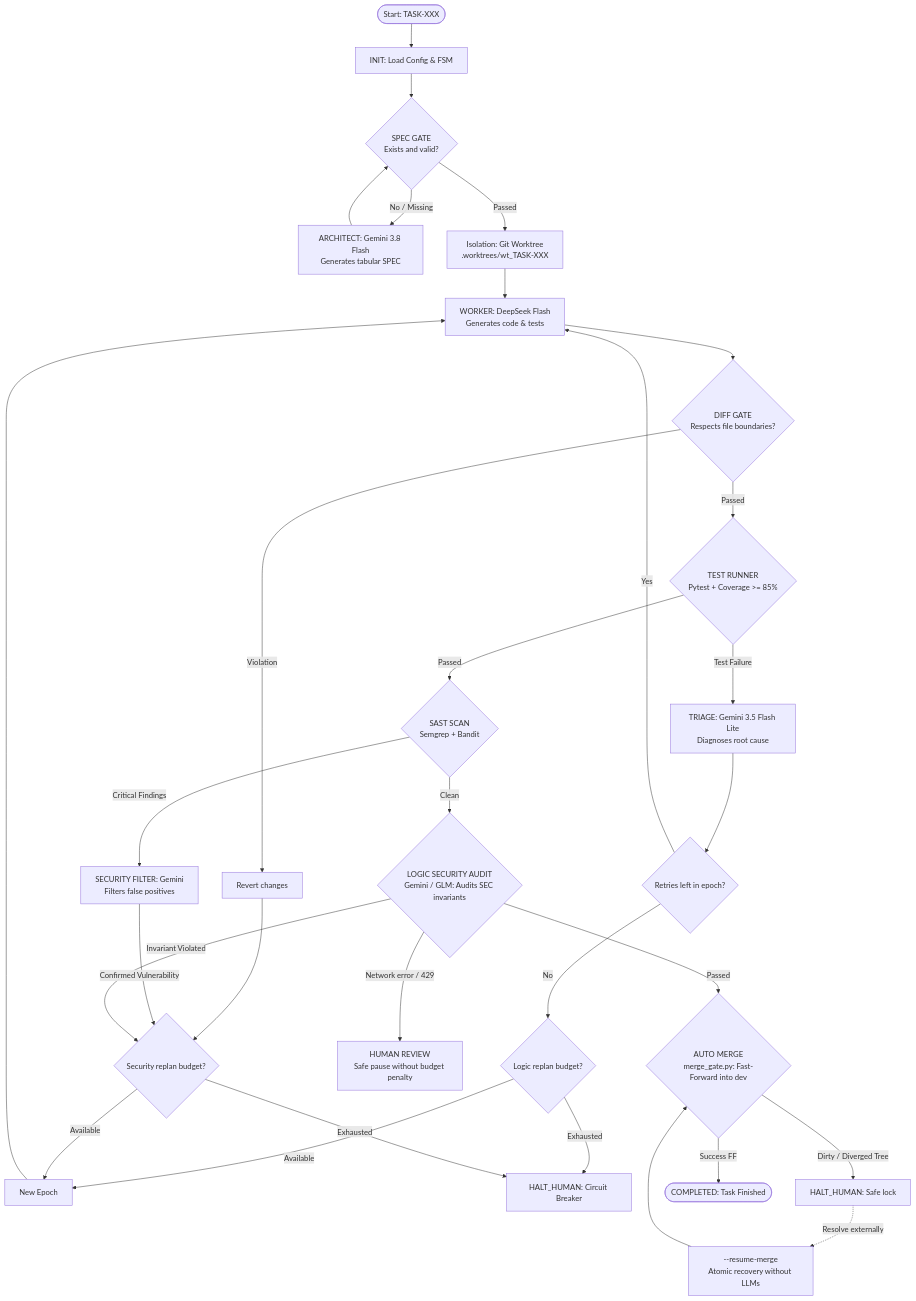
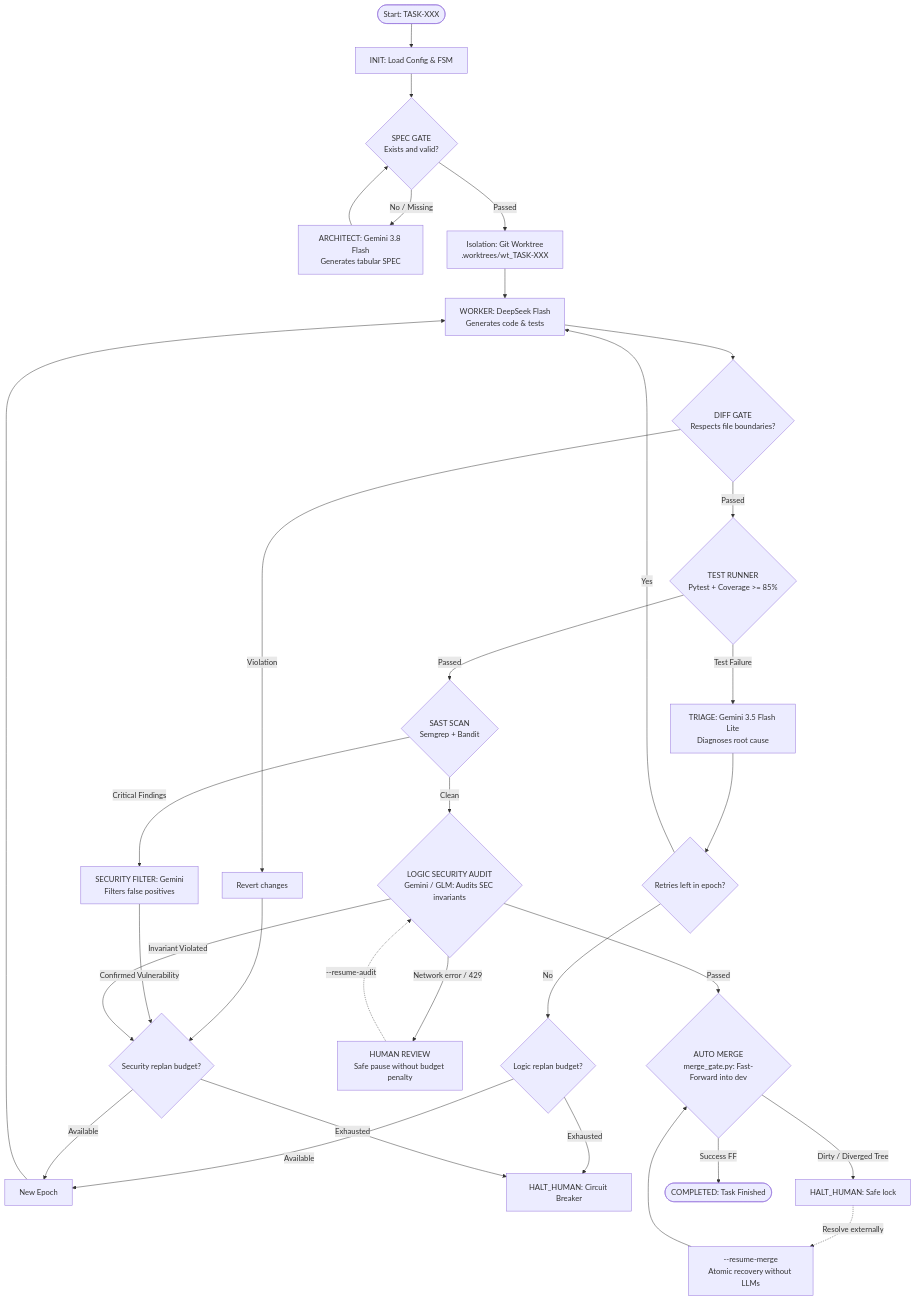
Before and after one commit to LE0ST/autonomous-multi-agent-software-factory: the diagram in README.md, drawn with Mermaid. The commit also changed other lines of this file and 3 other files, not shown here.

Commit message:
docs: update architecture, case studies, and contributing guidelines post TASK-004

````diff
--- a/README.md
+++ b/README.md
@@ -38,39 +38,41 @@
 ```mermaid
 flowchart TD
     Start([Start: TASK-XXX]) --> INIT[INIT: Load Config & FSM]
     INIT --> SPEC_GATE{SPEC GATE<br/>Exists and valid?}
     
     SPEC_GATE -- No / Missing --> ARCHITECT[ARCHITECT: Gemini 3.8 Flash<br/>Generates tabular SPEC]
     ARCHITECT --> SPEC_GATE
     
     SPEC_GATE -- Passed --> WORKTREE[Isolation: Git Worktree<br/>.worktrees/wt_TASK-XXX]
     WORKTREE --> WORKER[WORKER: DeepSeek Flash<br/>Generates code & tests]
     
     WORKER --> DIFF_GATE{DIFF GATE<br/>Respects file boundaries?}
     DIFF_GATE -- Violation --> REVERT_DIFF[Revert changes] --> REPLAN_SEC{Security replan budget?}
     
     DIFF_GATE -- Passed --> TESTING{TEST RUNNER<br/>Pytest + Coverage >= 85%}
     TESTING -- Test Failure --> TRIAGE[TRIAGE: Gemini 3.5 Flash Lite<br/>Diagnoses root cause]
     TRIAGE --> RETRY_EPOCH{Retries left in epoch?}
     RETRY_EPOCH -- Yes --> WORKER
     RETRY_EPOCH -- No --> REPLAN_LOG{Logic replan budget?}
     REPLAN_LOG -- Available --> NEW_EPOCH[New Epoch] --> WORKER
     REPLAN_LOG -- Exhausted --> HALT_HUMAN[HALT_HUMAN: Circuit Breaker]
     
     TESTING -- Passed --> SAST{SAST SCAN<br/>Semgrep + Bandit}
     SAST -- Critical Findings --> SAST_FILTER[SECURITY FILTER: Gemini<br/>Filters false positives]
     SAST_FILTER -- Confirmed Vulnerability --> REPLAN_SEC
     REPLAN_SEC -- Available --> NEW_EPOCH
     REPLAN_SEC -- Exhausted --> HALT_HUMAN
     
     SAST -- Clean --> LOGIC_AUDIT{LOGIC SECURITY AUDIT<br/>Gemini / GLM: Audits SEC invariants}
     LOGIC_AUDIT -- Network error / 429 --> HUMAN_REVIEW[HUMAN REVIEW<br/>Safe pause without budget penalty]
     LOGIC_AUDIT -- Invariant Violated --> REPLAN_SEC
     
+    HUMAN_REVIEW -. --resume-audit .-> LOGIC_AUDIT
+
     LOGIC_AUDIT -- Passed --> AUTO_MERGE{AUTO MERGE<br/>merge_gate.py: Fast-Forward into dev}
     AUTO_MERGE -- Dirty / Diverged Tree --> HALT_MERGE[HALT_HUMAN: Safe lock]
     AUTO_MERGE -- Success FF --> COMPLETED([COMPLETED: Task Finished])
     
     HALT_MERGE -. Resolve externally .-> RESUME[--resume-merge<br/>Atomic recovery without LLMs]
     RESUME --> AUTO_MERGE
 ```
````
